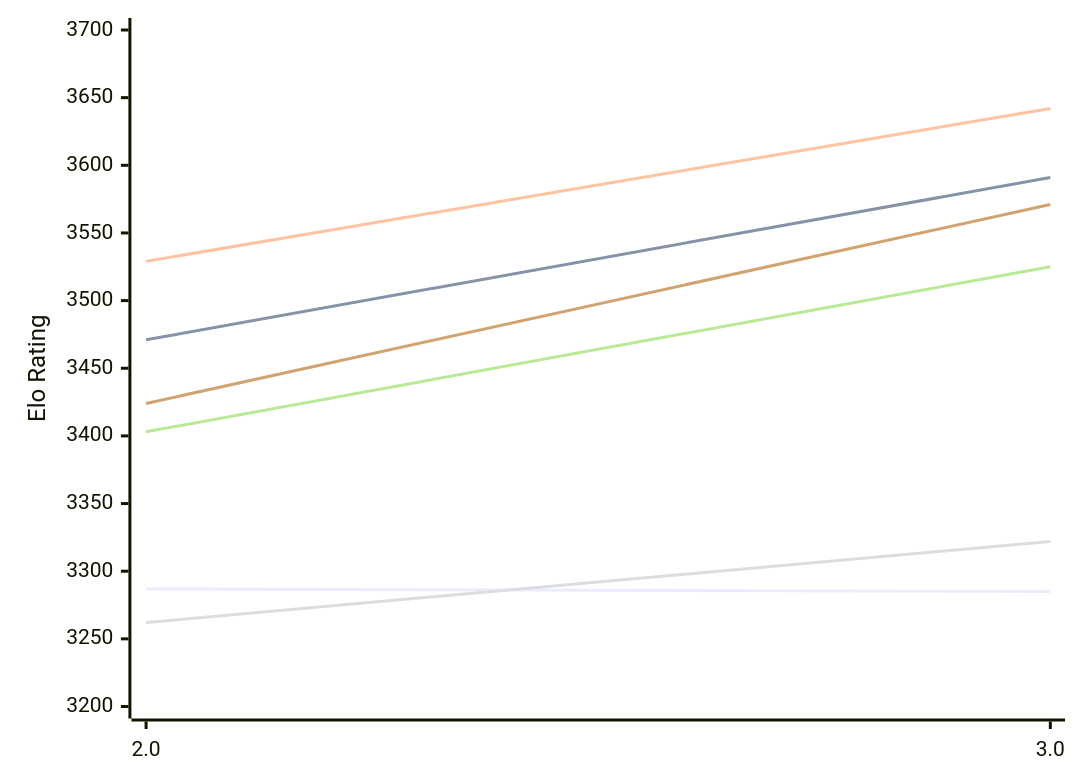
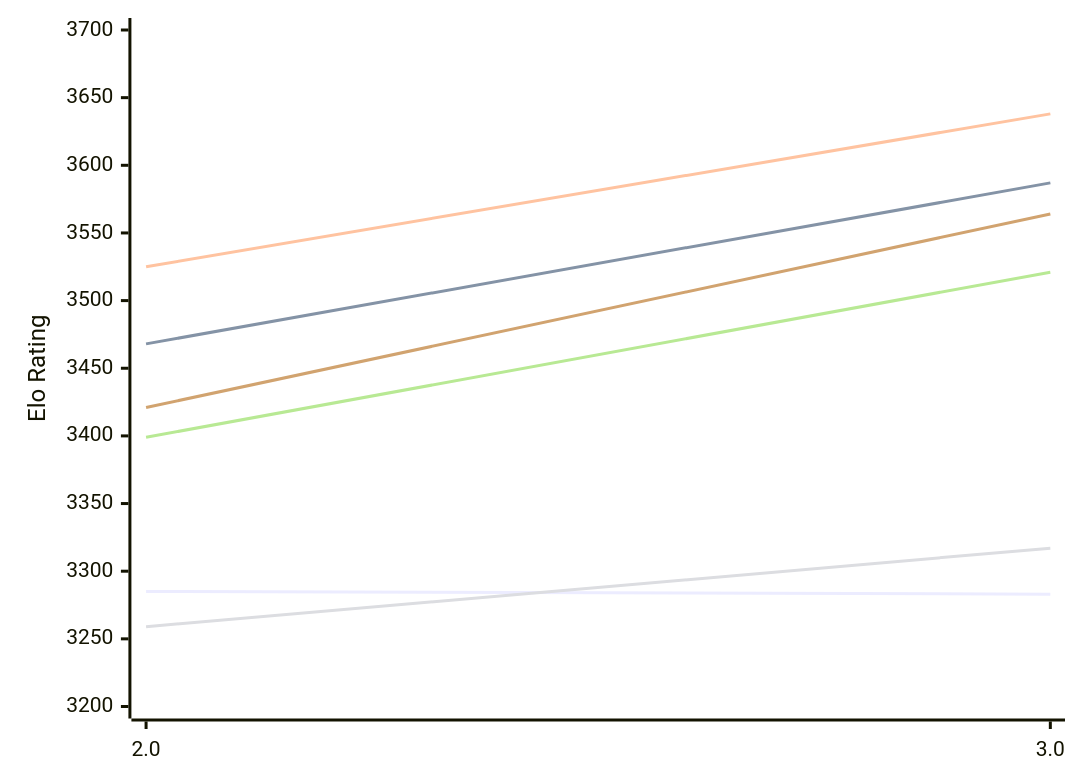
One commit to computer-chess-index/cci changed the first of 2 diagrams in engines/Quanticade.md. Above: the diagram before and after it, drawn with Mermaid. The commit also changed other lines of this file, not shown here.

Commit message:
Update CCI Ratings (ELO VLTC) - 2026-11-19

````diff
--- a/engines/Quanticade.md
+++ b/engines/Quanticade.md
@@ -50,12 +50,12 @@
 ```mermaid
 %%{init: {"theme":"base","themeVariables":{"seriesColors:['#a3a3a3','#222221','#faa371']}}}%%
 xychart-beta
   x-axis ["2.0", "3.0"]
   y-axis "Elo Rating" 3200 --> 3700
-  line "E1: STC (8.0+0.08s)" [3287, 3285]
-  line "E1: LTC (60.0+0.60s)" [3471, 3591]
-  line "E1: VLTC (2m24s+1.12s)" [3529, 3642]
-  line "P1: STC (8.0+0.08s)" [3262, 3322]
-  line "P1: LTC (60.0+0.60s)" [3403, 3525]
-  line "P1: VLTC (2m24s+1.12s)" [3424, 3571]
+  line "E1: STC (8.0+0.08s)" [3285, 3283]
+  line "E1: LTC (60.0+0.60s)" [3468, 3587]
+  line "E1: VLTC (2m24s+1.12s)" [3525, 3638]
+  line "P1: STC (8.0+0.08s)" [3259, 3317]
+  line "P1: LTC (60.0+0.60s)" [3399, 3521]
+  line "P1: VLTC (2m24s+1.12s)" [3421, 3564]
 ```
````
